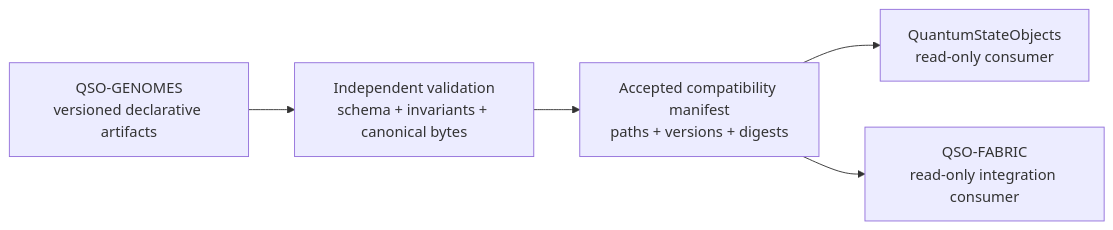
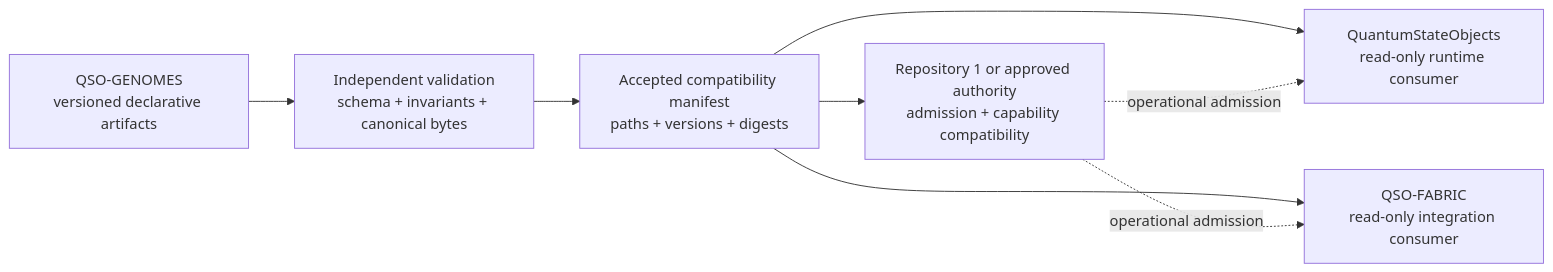
One commit to aevespers2/QSO-GENOMES changed the diagram in docs/index.md. Above: the diagram before and after it, drawn with Mermaid. The commit also changed other lines of this file, not shown here.

Commit message:
docs: surface portfolio gluing and authority separation

````diff
--- a/docs/index.md
+++ b/docs/index.md
@@ -44,12 +48,16 @@
 ```mermaid
 flowchart LR
     G[QSO-GENOMES\nversioned declarative artifacts]
     V[Independent validation\nschema + invariants + canonical bytes]
     M[Accepted compatibility manifest\npaths + versions + digests]
-    Q[QuantumStateObjects\nread-only consumer]
+    A[Repository 1 or approved authority\nadmission + capability compatibility]
+    Q[QuantumStateObjects\nread-only runtime consumer]
     F[QSO-FABRIC\nread-only integration consumer]
 
     G --> V --> M
+    M --> A
     M --> Q
     M --> F
+    A -. operational admission .-> Q
+    A -. operational admission .-> F
 ```
````
